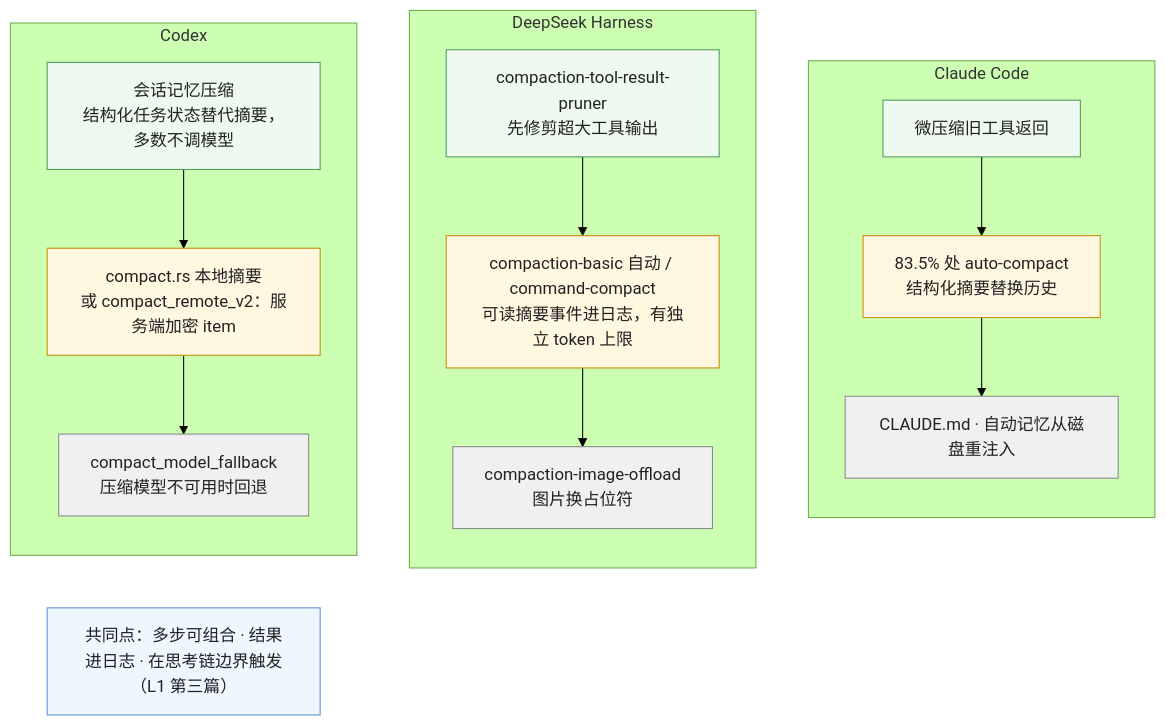
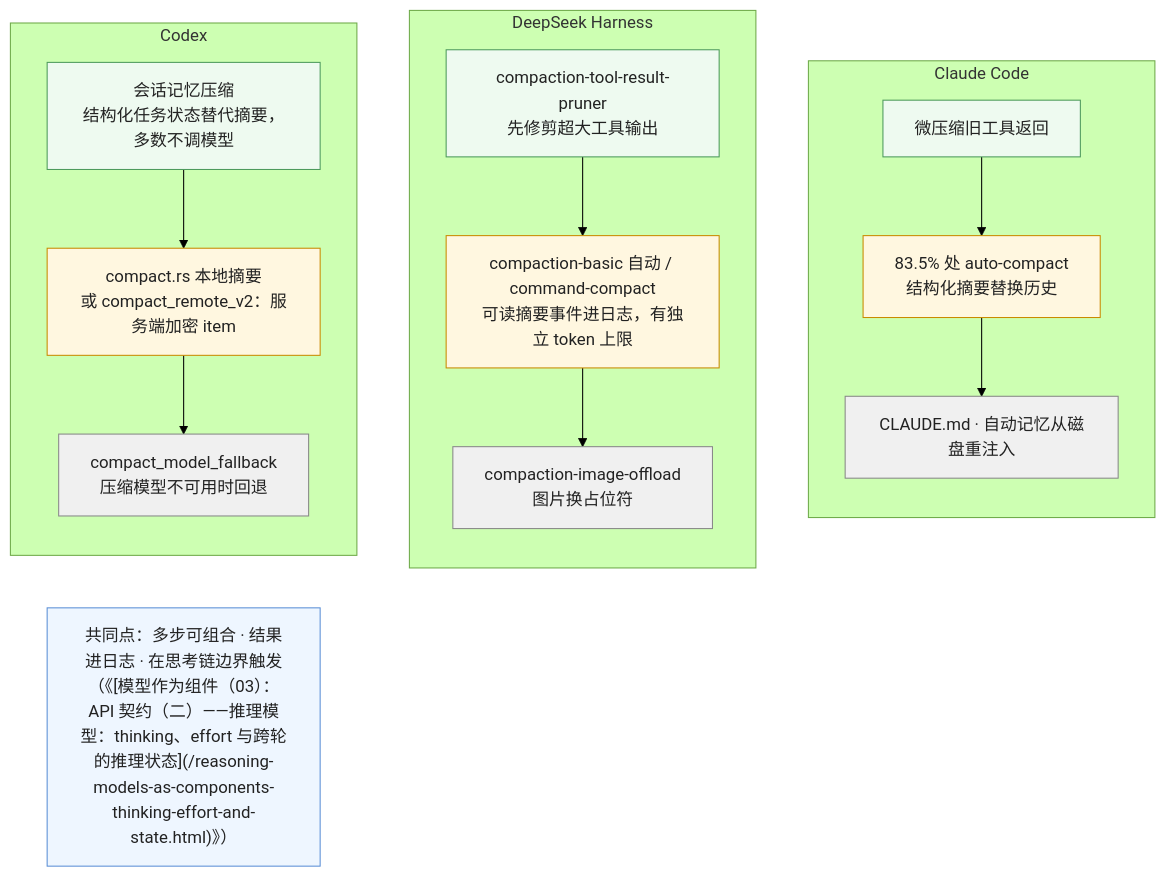
One commit to arganzheng/arganzheng.github.com changed the third of 5 diagrams in _posts/2026-10-24-long-horizon-context-management-and-subagents.md. Above: the diagram before and after it, drawn with Mermaid (forest theme). The commit also changed other lines of this file and 128 other files, not shown here.

Commit message:
（01）预训练端到端：MPS 定义、Common Crawl 配比列表、六章改名「定长的训练样本」补切碎文档的说明与打包示意图、自测竖线转义（#245）；全站 L 层简写引用换成《系列名》链接（#244）

````diff
--- a/_posts/2026-10-24-long-horizon-context-management-and-subagents.md
+++ b/_posts/2026-10-24-long-horizon-context-management-and-subagents.md
@@ -96,26 +96,26 @@
 ```mermaid
 %% 图：三个 harness 的压缩链都是「便宜的一步 → 摘要 → 回退」——Codex：会话记忆压缩（结构化任务状态，多数不调模型）→ compact.rs 本地摘要或 compact_remote_v2 服务端加密 item → compact_model_fallback；DeepSeek Harness：tool-result-pruner 修剪 → compaction-basic 自动摘要 / 命令 → 可读事件进日志；Claude Code：微压缩旧工具返回 → 83.5% 处 auto-compact → CLAUDE.md 重注入；都在思考链边界触发、结果都写进日志
 flowchart LR
     subgraph CX["Codex"]
         direction TB
         C1["会话记忆压缩<br/>结构化任务状态替代摘要，多数不调模型"] --> C2["compact.rs 本地摘要<br/>或 compact_remote_v2：服务端加密 item"] --> C3["compact_model_fallback<br/>压缩模型不可用时回退"]
     end
     subgraph DS["DeepSeek Harness"]
         direction TB
         D1["compaction-tool-result-pruner<br/>先修剪超大工具输出"] --> D2["compaction-basic 自动 / command-compact<br/>可读摘要事件进日志，有独立 token 上限"] --> D3["compaction-image-offload<br/>图片换占位符"]
     end
     subgraph CC["Claude Code"]
         direction TB
         K1["微压缩旧工具返回"] --> K2["83.5% 处 auto-compact<br/>结构化摘要替换历史"] --> K3["CLAUDE.md · 自动记忆从磁盘重注入"]
     end
     CX ~~~ DS ~~~ CC
-    N["共同点：多步可组合 · 结果进日志 · 在思考链边界触发（L1 第三篇）"]
+    N["共同点：多步可组合 · 结果进日志 · 在思考链边界触发（《[模型作为组件（03）：API 契约（二）——推理模型：thinking、effort 与跨轮的推理状态](/reasoning-models-as-components-thinking-effort-and-state.html)》）"]
     classDef cheap fill:#eefaf0,stroke:#4d9a5c,color:#222
     classDef sum fill:#fff7e0,stroke:#c98a00,color:#222
     classDef fb fill:#f0f0f0,stroke:#888,color:#222
     classDef n fill:#eef6ff,stroke:#5b8fd6,color:#222
     class C1,D1,K1 cheap
     class C2,D2,K2 sum
     class C3,D3,K3 fb
     class N n
 ```
````
